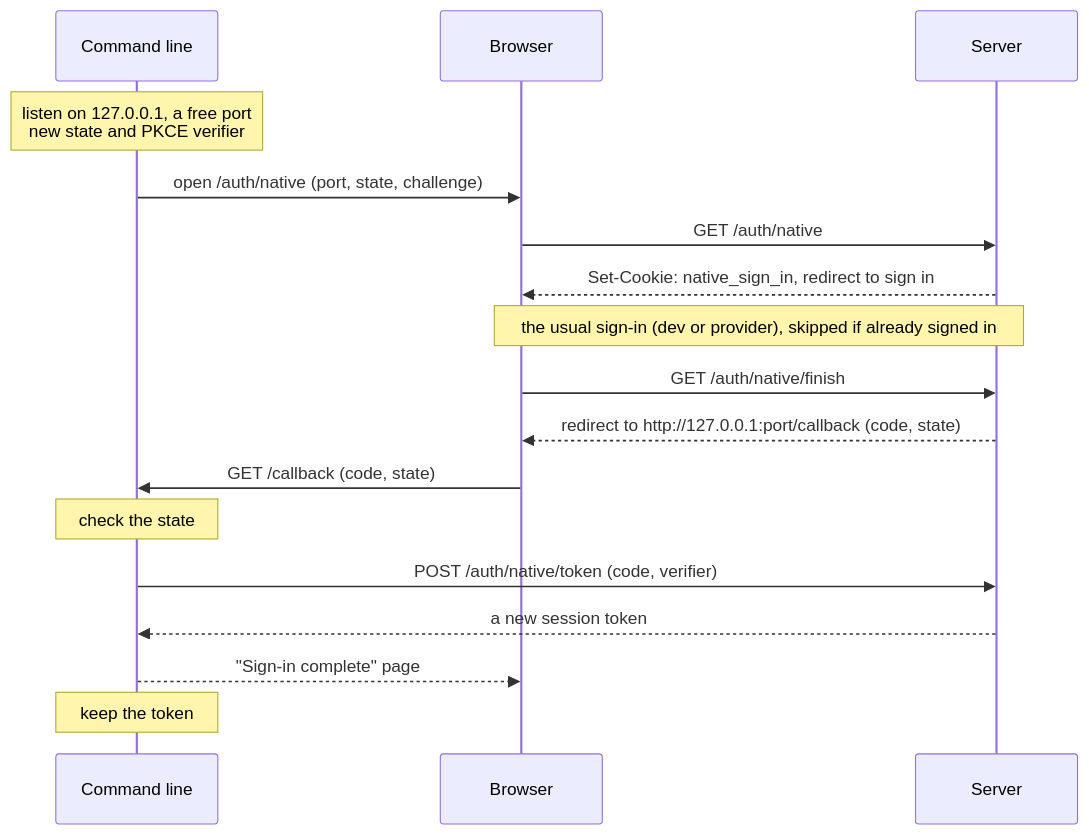
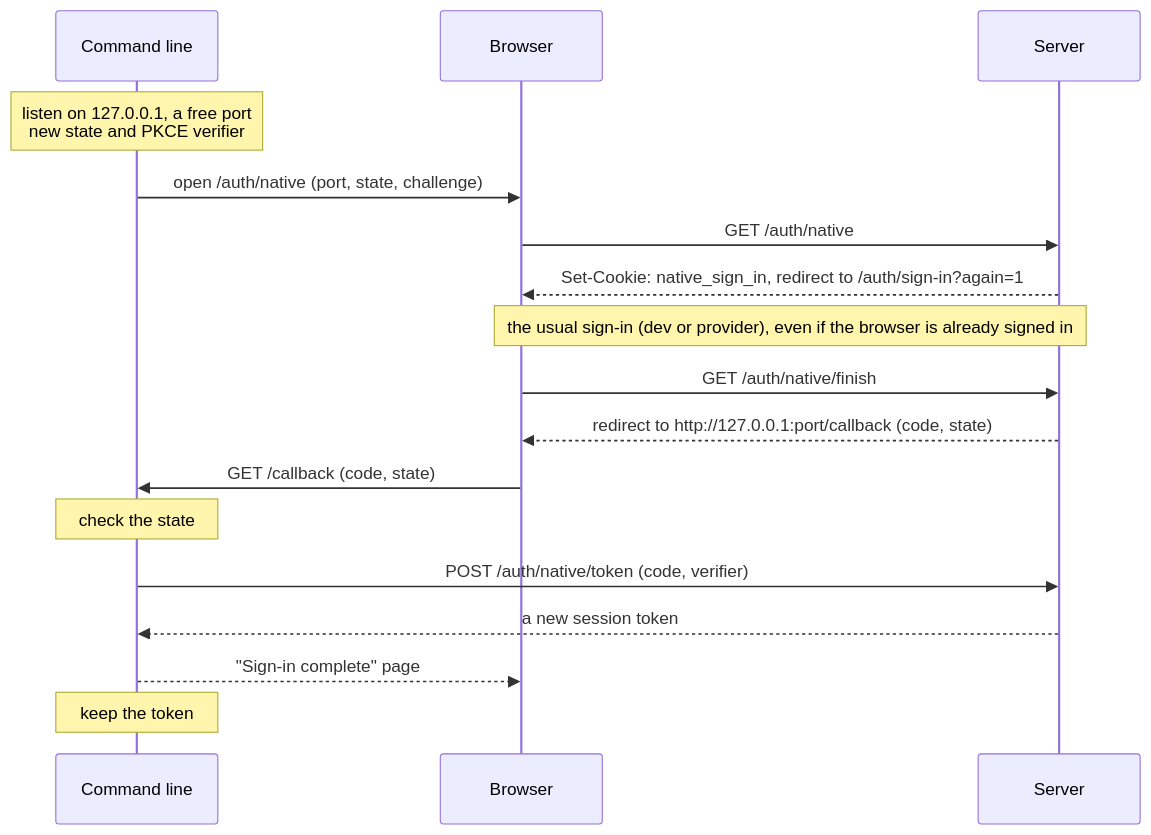
Before and after one commit to RockLikeAmadeus/go-application-starter: the fifth of 8 diagrams in docs/sign-in.md, drawn with Mermaid. The commit also changed other lines of this file and 3 other files, not shown here.

````diff
--- a/docs/sign-in.md
+++ b/docs/sign-in.md
@@ -398,19 +421,19 @@
 ```mermaid
 sequenceDiagram
     participant C as Command line
     participant B as Browser
     participant S as Server
     Note over C: listen on 127.0.0.1, a free port<br/>new state and PKCE verifier
     C->>B: open /auth/native (port, state, challenge)
     B->>S: GET /auth/native
-    S-->>B: Set-Cookie: native_sign_in, redirect to sign in
-    Note over B,S: the usual sign-in (dev or provider), skipped if already signed in
+    S-->>B: Set-Cookie: native_sign_in, redirect to /auth/sign-in?again=1
+    Note over B,S: the usual sign-in (dev or provider), even if the browser is already signed in
     B->>S: GET /auth/native/finish
     S-->>B: redirect to http://127.0.0.1:port/callback (code, state)
     B->>C: GET /callback (code, state)
     Note over C: check the state
     C->>S: POST /auth/native/token (code, verifier)
     S-->>C: a new session token
     C-->>B: "Sign-in complete" page
     Note over C: keep the token
 ```
````
